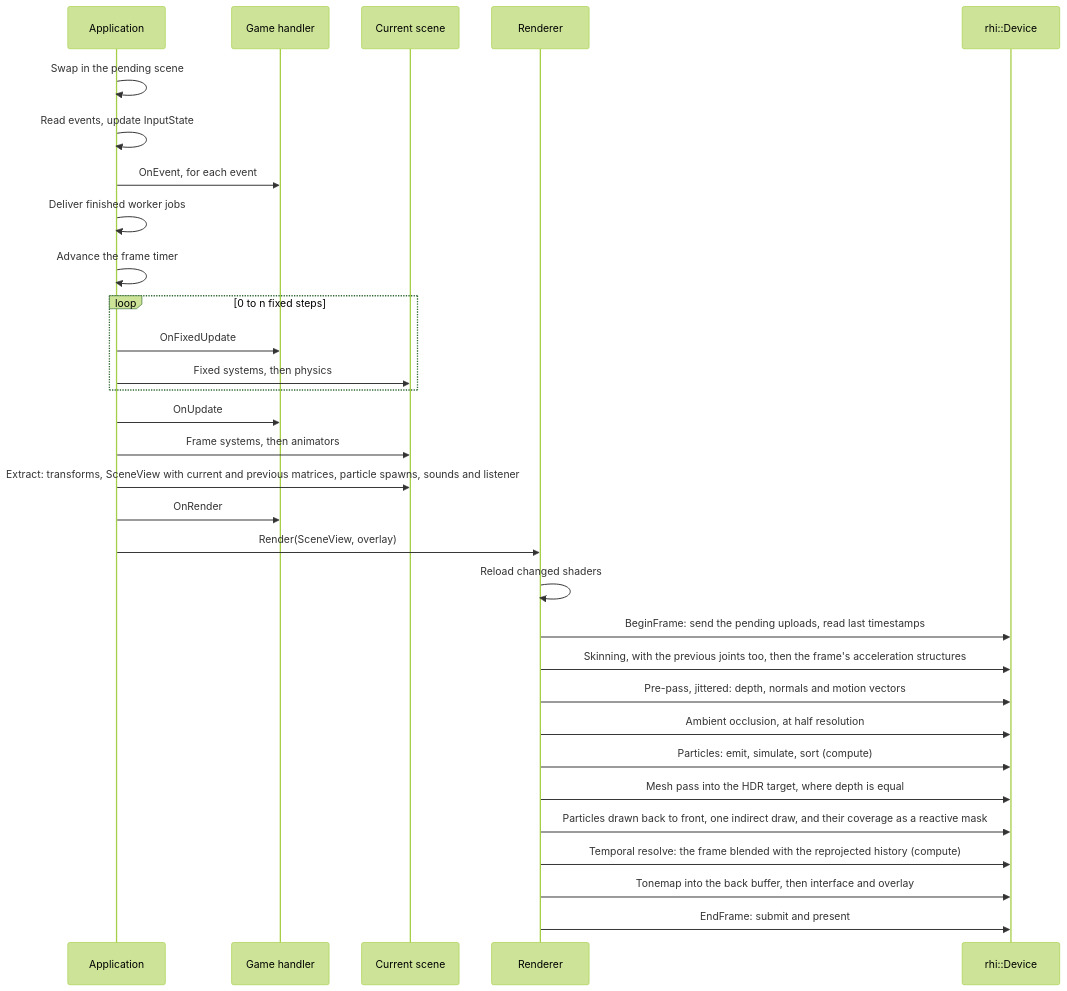
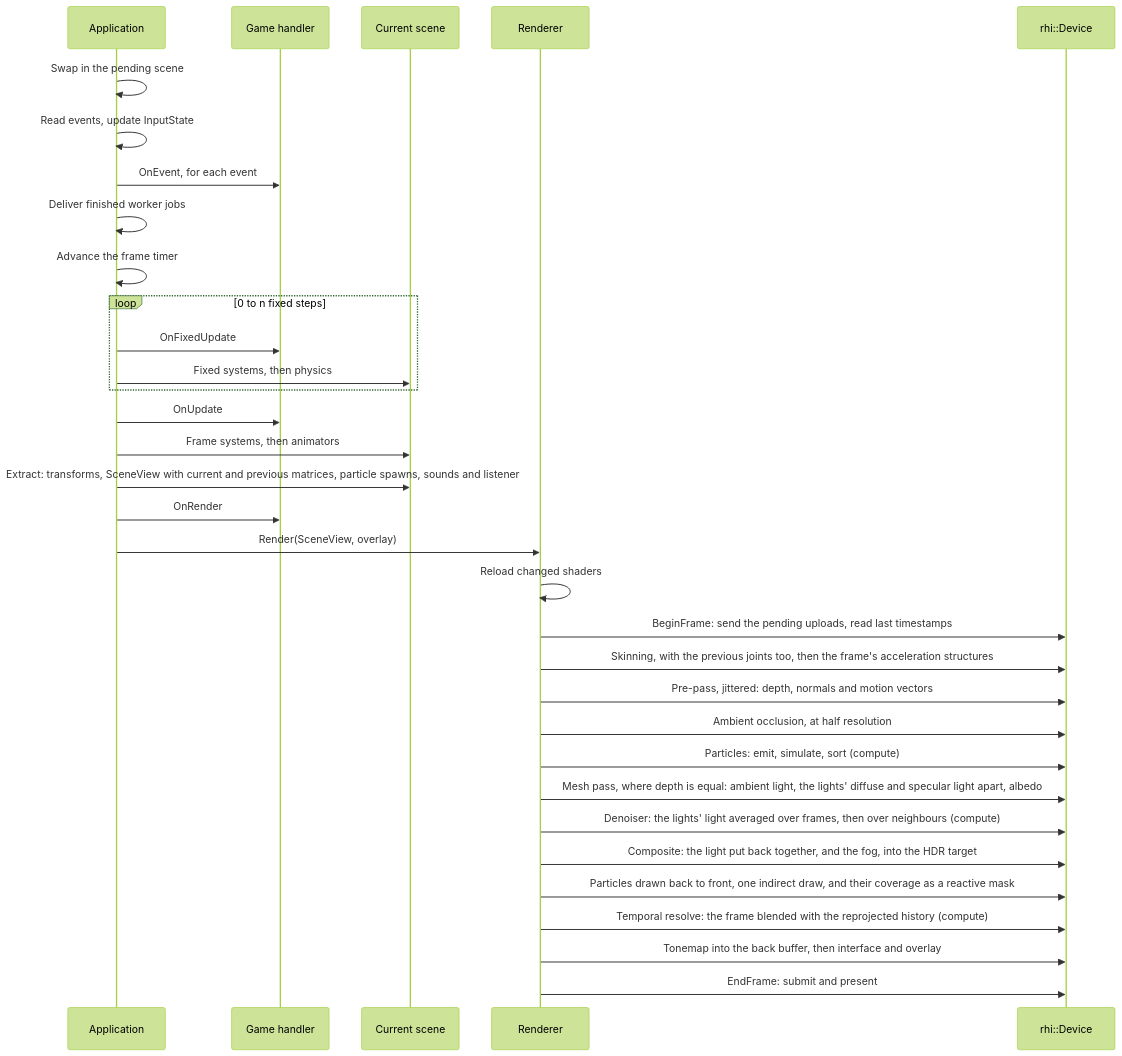
One commit to SBXdev3D/daidalos-engine-next changed the third of 12 diagrams in docs/ARCHITECTURE.md. Above: the diagram before and after it, drawn with Mermaid (forest theme). The commit also changed other lines of this file and 39 other files, not shown here.

````diff
--- a/docs/ARCHITECTURE.md
+++ b/docs/ARCHITECTURE.md
@@ -67,34 +67,36 @@
 ```mermaid
 sequenceDiagram
     participant A as Application
     participant G as Game handler
     participant S as Current scene
     participant R as Renderer
     participant D as rhi::Device
 
     A->>A: Swap in the pending scene
     A->>A: Read events, update InputState
     A->>G: OnEvent, for each event
     A->>A: Deliver finished worker jobs
     A->>A: Advance the frame timer
     loop 0 to n fixed steps
         A->>G: OnFixedUpdate
         A->>S: Fixed systems, then physics
     end
     A->>G: OnUpdate
     A->>S: Frame systems, then animators
     A->>S: Extract: transforms, SceneView with current and previous matrices, particle spawns, sounds and listener
     A->>G: OnRender
     A->>R: Render(SceneView, overlay)
     R->>R: Reload changed shaders
     R->>D: BeginFrame: send the pending uploads, read last timestamps
     R->>D: Skinning, with the previous joints too, then the frame's acceleration structures
     R->>D: Pre-pass, jittered: depth, normals and motion vectors
     R->>D: Ambient occlusion, at half resolution
     R->>D: Particles: emit, simulate, sort (compute)
-    R->>D: Mesh pass into the HDR target, where depth is equal
+    R->>D: Mesh pass, where depth is equal: ambient light, the lights' diffuse and specular light apart, albedo
+    R->>D: Denoiser: the lights' light averaged over frames, then over neighbours (compute)
+    R->>D: Composite: the light put back together, and the fog, into the HDR target
     R->>D: Particles drawn back to front, one indirect draw, and their coverage as a reactive mask
     R->>D: Temporal resolve: the frame blended with the reprojected history (compute)
     R->>D: Tonemap into the back buffer, then interface and overlay
     R->>D: EndFrame: submit and present
 ```
````
